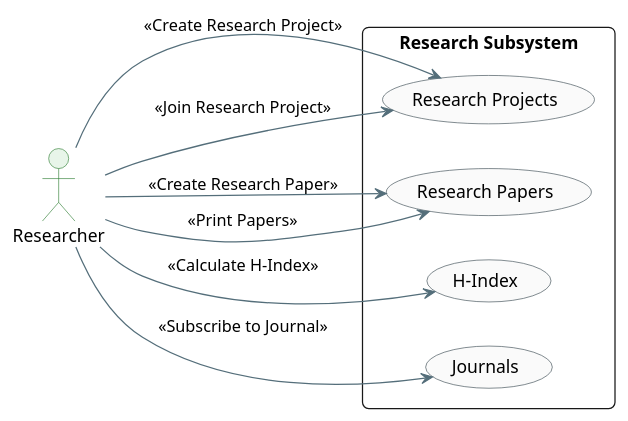
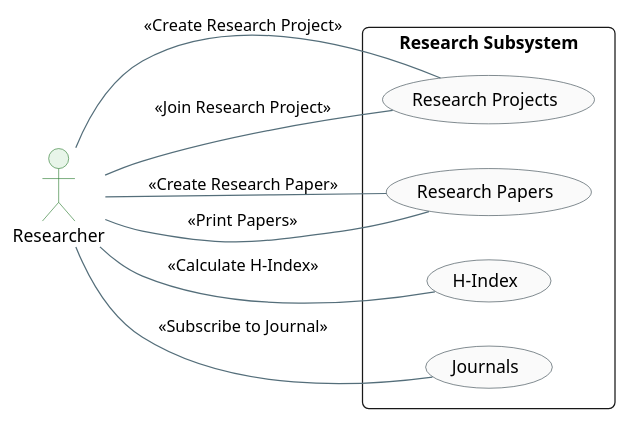
One commit to ofeerist/uni-crm-oop changed the diagram in PartA/useCaseDiagrams/research.puml. Above: the diagram before and after it, drawn with PlantUML. The commit also changed 4 other files, not shown here.

```diff
--- a/PartA/useCaseDiagrams/research.puml
+++ b/PartA/useCaseDiagrams/research.puml
@@ -1,35 +1,35 @@
 @startuml
 skinparam theme plain
 skinparam packageStyle rectangle
 skinparam roundcorner 10
 skinparam shadowing false
 skinparam defaultFontName "Segoe UI"
 
 skinparam actor {
     BackgroundColor #E8F5E9
     BorderColor #2E7D32
 }
 skinparam usecase {
     BackgroundColor #FAFAFA
     BorderColor #37474F
     ArrowColor #546E7A
 }
 
 left to right direction
 
 actor "Researcher" as R
 
 rectangle "Research Subsystem" {
     usecase "Research Projects" as ResearchProjects
     usecase "Research Papers" as ResearchPapers
     usecase "H-Index" as HIndex
     usecase "Journals" as Journals
 
-    R --> ResearchProjects : <<Create Research Project>>
-    R --> ResearchProjects : <<Join Research Project>>
-    R --> ResearchPapers : <<Create Research Paper>>
-    R --> ResearchPapers : <<Print Papers>>
-    R --> HIndex : <<Calculate H-Index>>
-    R --> Journals : <<Subscribe to Journal>>
+    R -- ResearchProjects : <<Create Research Project>>
+    R -- ResearchProjects : <<Join Research Project>>
+    R -- ResearchPapers : <<Create Research Paper>>
+    R -- ResearchPapers : <<Print Papers>>
+    R -- HIndex : <<Calculate H-Index>>
+    R -- Journals : <<Subscribe to Journal>>
 }
 @enduml
```
